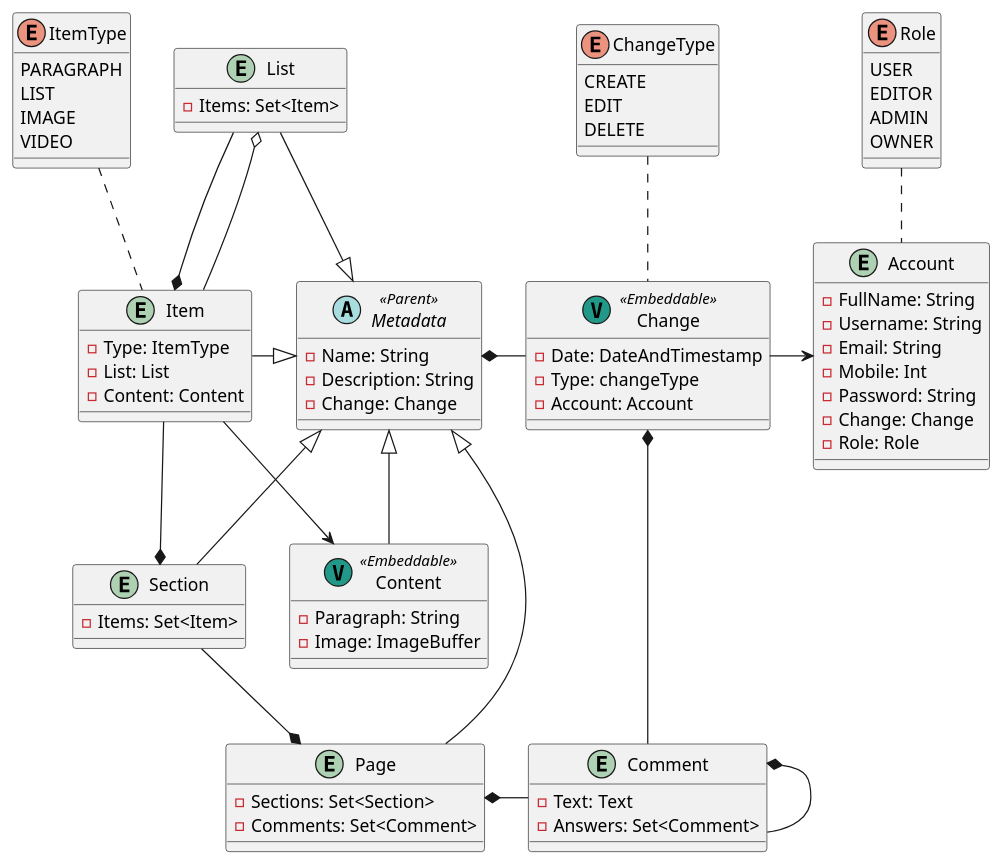
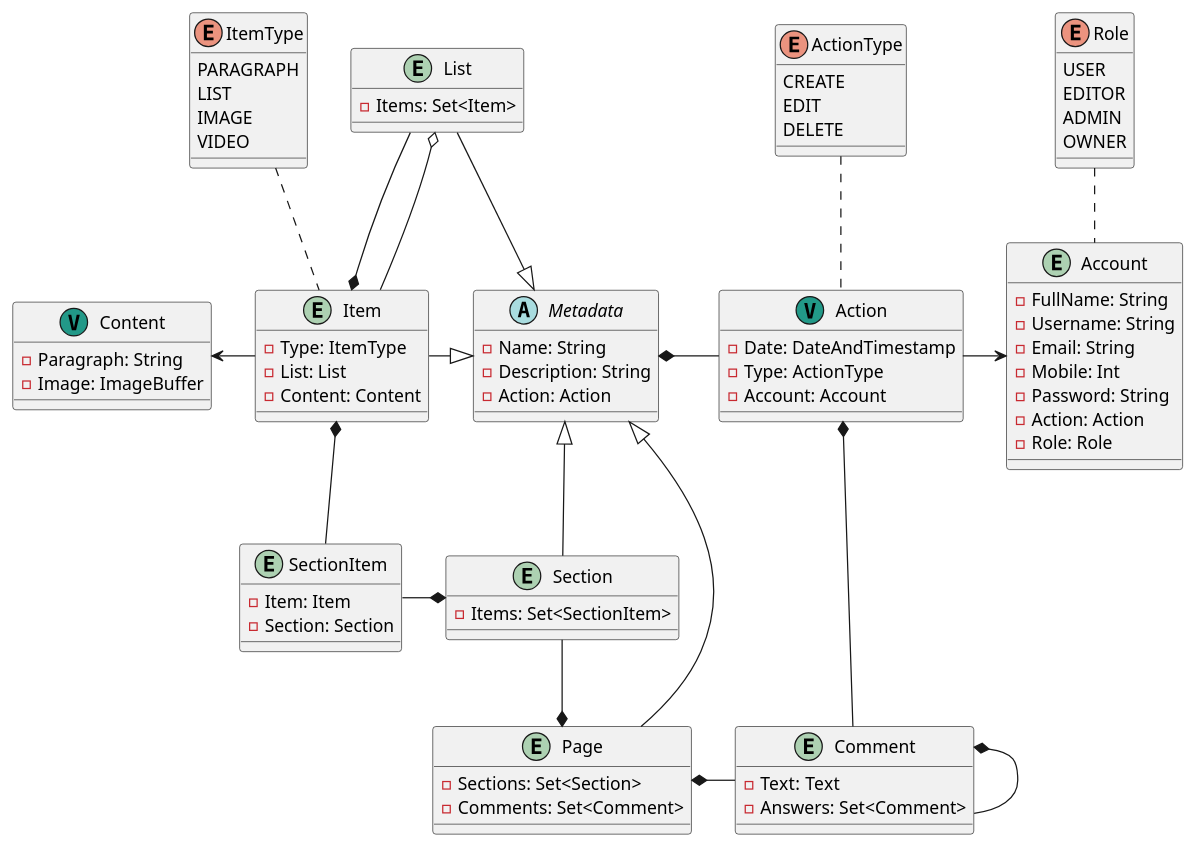
Before and after one commit to LouisFerro/HFW-HighlyFunctionalWiki: the diagram in src/main/plantuml/4. Main - Development.puml, drawn with PlantUML. The commit also changed 6 other files, not shown here.

```diff
--- a/src/main/plantuml/4. Main - Development.puml
+++ b/src/main/plantuml/4. Main - Development.puml
@@ -1,114 +1,121 @@
 @startuml
 'https://plantuml.com/class-diagram'
 
 entity Account
 {
     - FullName: String
     - Username: String
     - Email: String
     - Mobile: Int
     - Password: String
-    - Change: Change
+    - Action: Action
     - Role: Role
 }
 
 enum Role
 {
     USER
     EDITOR
     ADMIN
     OWNER
 }
 
-entity Change <<(V, #229988)Embeddable>>
+entity Action <<(V, #229988)>>
 {
     - Date: DateAndTimestamp
-    - Type: changeType
+    - Type: ActionType
     - Account: Account
 }
 
-enum ChangeType
+enum ActionType
 {
     CREATE
     EDIT
     DELETE
 }
 
-abstract class Metadata <<Parent>>
+abstract class Metadata
 {
     - Name: String
     - Description: String
-    - Change: Change
+    - Action: Action
 }
 
 entity Page
 {
     - Sections: Set<Section>
     - Comments: Set<Comment>
 }
 
 entity Comment
 {
 
     - Text: Text
     - Answers: Set<Comment>
 }
 
 entity Section
 {
-    - Items: Set<Item>
+    - Items: Set<SectionItem>
+}
+
+entity SectionItem
+{
+    - Item: Item
+    - Section: Section
 }
 
 entity Item
 {
     - Type: ItemType
     - List: List
     - Content: Content
 }
 
 enum ItemType
 {
     PARAGRAPH
     LIST
     IMAGE
     VIDEO
 }
 
 entity List
 {
     - Items: Set<Item>
 }
 
-entity Content <<(V, #229988)Embeddable>>
+entity Content <<(V, #229988)>>
 {
     - Paragraph: String
     - Image: ImageBuffer
 }
 
 Page -up-|> Metadata
 
 Section -up-|> Metadata
 Section -down-* Page
 
+SectionItem -up-* Item
+SectionItem -right-* Section
+
 List -down-|> Metadata
 List -down-* Item
 
 Item -right-|> Metadata
-Item -down-* Section
+'Item -down-* Section
 Item -up-o List
-Item -down-> Content
+Item -left-> Content
 Item .up. ItemType
 
 Comment -up-* Comment
-Comment -up-* Change
+Comment -up-* Action
 Comment -left-* Page
 
-Content -up-|> Metadata
-
-Change -left-* Metadata
-Change -right-> Account
-Change .up. ChangeType
+Action -left-* Metadata
+Action -right-> Account
+Action .up. ActionType
 
 Account .up. Role
 
 @enduml
```
